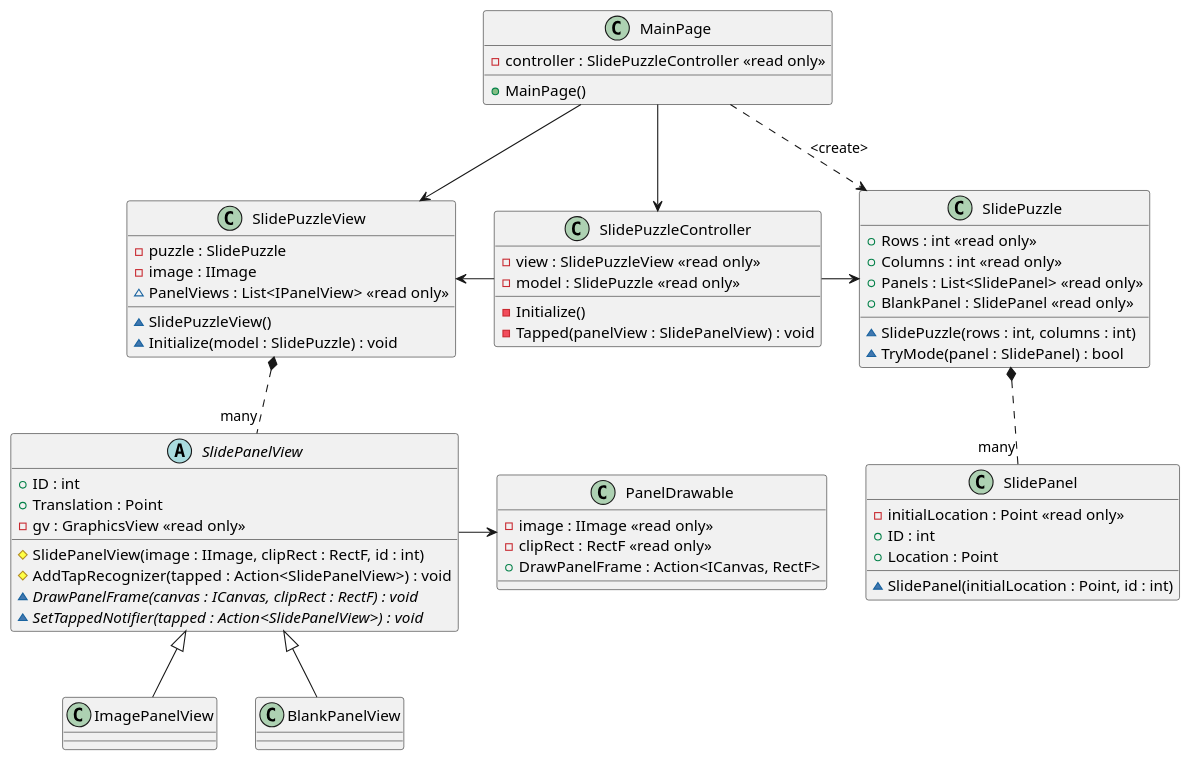
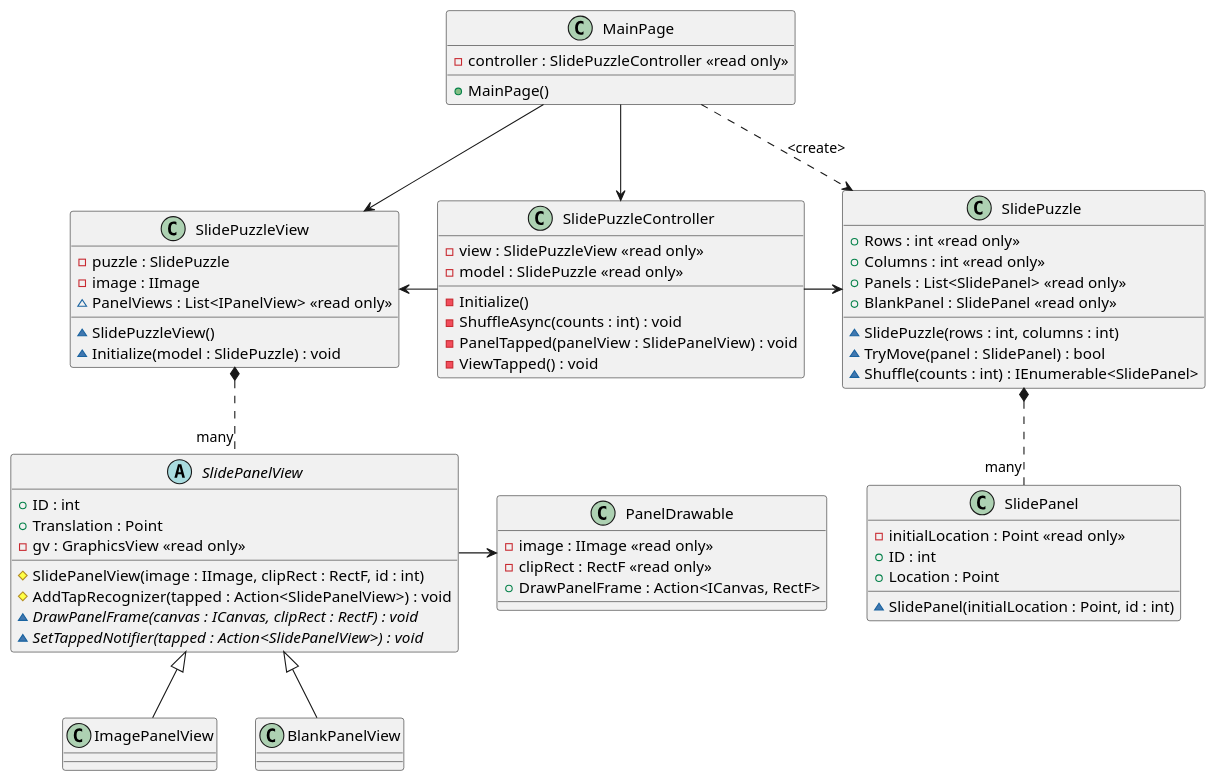
Before and after one commit to tatsuya19871219/MauiSlidePuzzle: the diagram in uml/MauiSlidePuzzle.puml, drawn with PlantUML. The commit also changed 6 other files, not shown here.

```diff
--- a/uml/MauiSlidePuzzle.puml
+++ b/uml/MauiSlidePuzzle.puml
@@ -1,125 +1,98 @@
 @startuml MauiSlidePuzzle
 
 class SlidePuzzleView
 {
     - puzzle : SlidePuzzle
     - image : IImage
-    '- indexToPositionDict : Dictionary<Point, Point>
     ~ PanelViews : List<IPanelView> <<read only>>
     ~ SlidePuzzleView()
     ~ Initialize(model : SlidePuzzle) : void
     '~ ShuffleAsync(count : int) : Task
 }
-
-' interface IPanelView
-' {
-'     ID : int
-'     SetTappedNotifier(tapped : Action<IPanelView>) : void
-' }
 
 abstract SlidePanelView
 {
     + ID : int
     + Translation : Point
     - gv : GraphicsView <<read only>>
     # SlidePanelView(image : IImage, clipRect : RectF, id : int)
     # AddTapRecognizer(tapped : Action<SlidePanelView>) : void
     {abstract} ~ DrawPanelFrame(canvas : ICanvas, clipRect : RectF) : void
     {abstract} ~ SetTappedNotifier(tapped : Action<SlidePanelView>) : void
 }
 
 class ImagePanelView
 {
     ' - panel : ImagePanel
     ' - isBlank : bool
     ' ~ ImagePanelView(panel : ImagePanel)
     ' ~ SetAsBlank() : void
 }
 
 class BlankPanelView
 {
 
 }
 
 class PanelDrawable
 {
     - image : IImage <<read only>>
     - clipRect : RectF <<read only>>
     + DrawPanelFrame : Action<ICanvas, RectF>
 }
 
 class SlidePuzzle
 {
     + Rows : int <<read only>>
     + Columns : int <<read only>>
     + Panels : List<SlidePanel> <<read only>>
     + BlankPanel : SlidePanel <<read only>>
     ' - panels : List<ImagePanel>
     ' - blankPanel : ImagePanel
     ~ SlidePuzzle(rows : int, columns : int)
-    ~ TryMode(panel : SlidePanel) : bool
+    ~ TryMove(panel : SlidePanel) : bool
+    ~ Shuffle(counts : int) : IEnumerable<SlidePanel>
 }
-
-' interface IPanel
-' {
-'     ID : int
-'     Location : Point
-' }
 
 class SlidePanel
 {
     - initialLocation : Point <<read only>>
     + ID : int
     + Location : Point
     ~ SlidePanel(initialLocation : Point, id : int)
 }
 
-' class ImagePanel
-' {
-'     '- Neighbours : List<ImagePanel>
-'     '- SwapNeighbours(panel : ImagePanel) : void
-' }
-
-' class BlankPanel
-' {
-
-' }
-
 class SlidePuzzleController
 {
     - view : SlidePuzzleView <<read only>>
     - model : SlidePuzzle <<read only>>
     - Initialize()
-    - Tapped(panelView : SlidePanelView) : void
+    - ShuffleAsync(counts : int) : void
+    - PanelTapped(panelView : SlidePanelView) : void
+    - ViewTapped() : void
 }
 
 class MainPage
 {
     - controller : SlidePuzzleController <<read only>>
     + MainPage()
     '- InitializePuzzle() : void
 }
 
 ' arrows
-' AbstractPanel .up.|> IPanel
-' AbstractPanelView .up.|> IPanelView
-
-' ImagePanel -up-|> AbstractPanel
-' BlankPanel -up-|> AbstractPanel
-
 ImagePanelView -up-|> SlidePanelView
 BlankPanelView -up-|> SlidePanelView
 
 SlidePanelView -right-> PanelDrawable
 
 MainPage --> SlidePuzzleView
 MainPage ..> SlidePuzzle : <create> 
 MainPage --> SlidePuzzleController
 
 SlidePuzzle *.down. "many" SlidePanel
 SlidePuzzleView *.down. "many" SlidePanelView
 
 SlidePuzzleController -left-> SlidePuzzleView
 SlidePuzzleController -right-> SlidePuzzle
 
 @enduml
```
